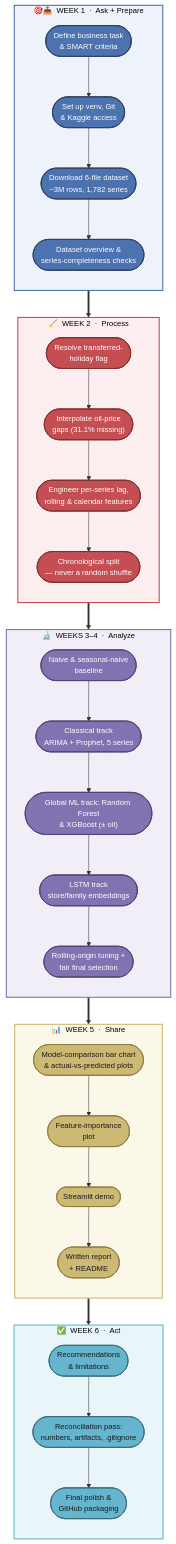
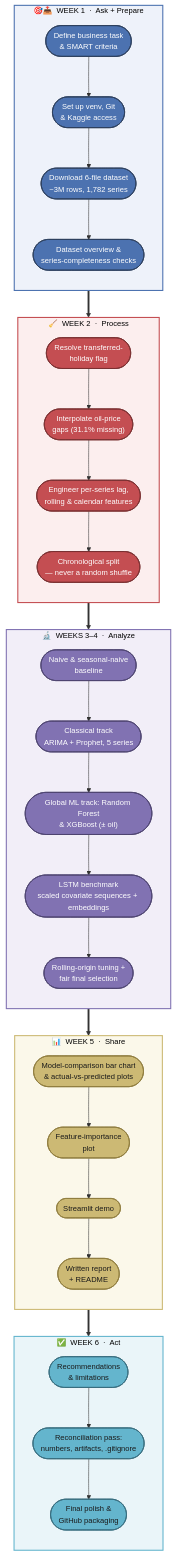
The second of 3 diagrams in README.md (Sudharshan205-Proj/retail-demand-forecasting), drawn with Mermaid before and after one commit. The commit also changed other lines of this file and 11 other files, not shown here.

````diff
--- a/README.md
+++ b/README.md
@@ -159,71 +159,71 @@
 ```mermaid
 %%{init: {"flowchart": {"curve": "basis"}, "themeVariables": {"fontSize": "14px"}}}%%
 flowchart TD
     subgraph W1["🎯📥&nbsp; WEEK 1 &nbsp;·&nbsp; Ask + Prepare"]
         direction TB
         A1(["Define business task<br/>& SMART criteria"])
         A2(["Set up venv, Git<br/>& Kaggle access"])
         A3(["Download 6-file dataset<br/>~3M rows, 1,782 series"])
         A4(["Dataset overview &<br/>series-completeness checks"])
         A1 --> A2 --> A3 --> A4
     end
 
     subgraph W2["🧹&nbsp; WEEK 2 &nbsp;·&nbsp; Process"]
         direction TB
         B1(["Resolve transferred-<br/>holiday flag"])
         B2(["Interpolate oil-price<br/>gaps (31.1% missing)"])
         B3(["Engineer per-series lag,<br/>rolling & calendar features"])
         B4(["Chronological split<br/>— never a random shuffle"])
         B1 --> B2 --> B3 --> B4
     end
 
     subgraph W34["🔬&nbsp; WEEKS 3–4 &nbsp;·&nbsp; Analyze"]
         direction TB
         C1(["Naive & seasonal-naive<br/>baseline"])
         C2(["Classical track<br/>ARIMA + Prophet, 5 series"])
         C3(["Global ML track: Random Forest<br/>& XGBoost (± oil)"])
-        C4(["LSTM track<br/>store/family embeddings"])
+        C4(["LSTM benchmark<br/>scaled covariate sequences + embeddings"])
         C5(["Rolling-origin tuning +<br/>fair final selection"])
         C1 --> C2 --> C3 --> C4 --> C5
     end
 
     subgraph W5["📊&nbsp; WEEK 5 &nbsp;·&nbsp; Share"]
         direction TB
         D1(["Model-comparison bar chart<br/>& actual-vs-predicted plots"])
         D2(["Feature-importance<br/>plot"])
         D3(["Streamlit demo"])
         D4(["Written report<br/>+ README"])
         D1 --> D2 --> D3 --> D4
     end
 
     subgraph W6["✅&nbsp; WEEK 6 &nbsp;·&nbsp; Act"]
         direction TB
         E1(["Recommendations<br/>& limitations"])
         E2(["Reconciliation pass:<br/>numbers, artifacts, .gitignore"])
         E3(["Final polish &<br/>GitHub packaging"])
         E1 --> E2 --> E3
     end
 
     W1 ==> W2
     W2 ==> W34
     W34 ==> W5
     W5 ==> W6
 
     classDef askprepare fill:#4C72B0,color:#ffffff,stroke:#2c3e5c,stroke-width:1.5px,rx:8,ry:8
     classDef process    fill:#C44E52,color:#ffffff,stroke:#7a2f31,stroke-width:1.5px,rx:8,ry:8
     classDef analyze    fill:#8172B2,color:#ffffff,stroke:#4d4370,stroke-width:1.5px,rx:8,ry:8
     classDef share      fill:#CCB974,color:#1a1a1a,stroke:#8f7c3f,stroke-width:1.5px,rx:8,ry:8
     classDef act        fill:#64B5CD,color:#1a1a1a,stroke:#376c7d,stroke-width:1.5px,rx:8,ry:8
 
     class A1,A2,A3,A4 askprepare
     class B1,B2,B3,B4 process
     class C1,C2,C3,C4,C5 analyze
     class D1,D2,D3,D4 share
     class E1,E2,E3 act
 
     style W1  fill:#eef2fa,stroke:#4C72B0,stroke-width:2px, color:#000000
     style W2  fill:#fceeee,stroke:#C44E52,stroke-width:2px, color:#000000
     style W34 fill:#f2eef8,stroke:#8172B2,stroke-width:2px, color:#000000
     style W5  fill:#fbf8ea,stroke:#CCB974,stroke-width:2px, color:#000000
     style W6  fill:#eaf5f9,stroke:#64B5CD,stroke-width:2px, color:#000000
 ```
````
